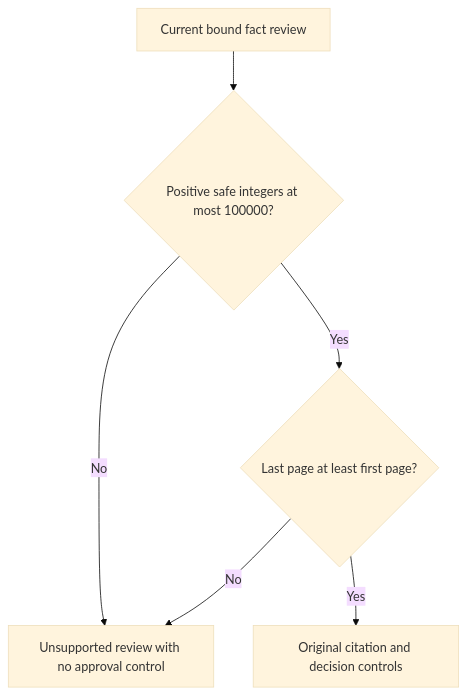
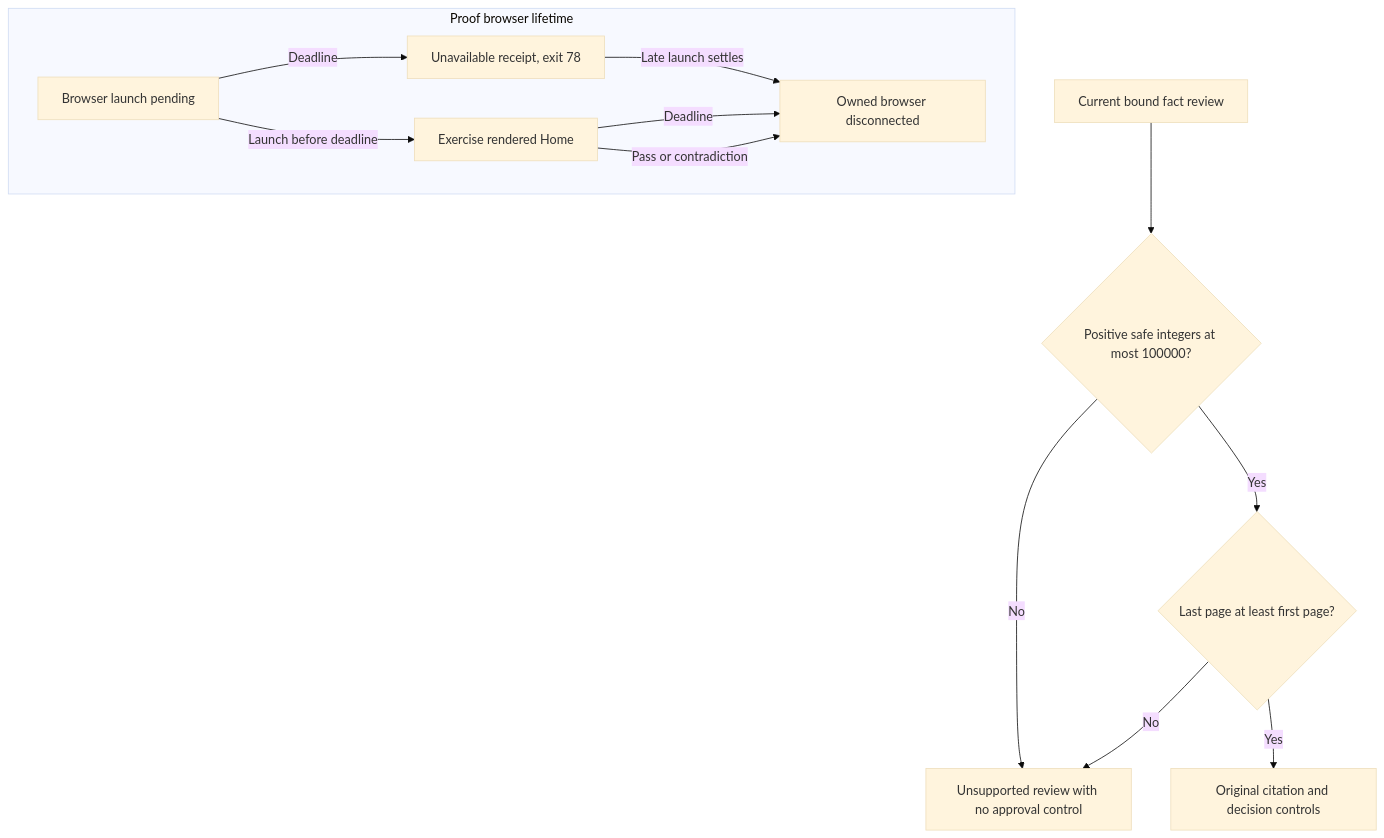
The diagram in docs/statecharts/home-fact-review-source-page-range.mmd (jbookout/doctorcre-app), drawn with Mermaid (base theme) before and after one commit. The commit also changed 2 other files, not shown here.

Commit message:
fix(proof): dispose Chromium acquired after the deadline
Close a late launch before refusing the expired proof. Preserve the existing
finally cleanup for browsers acquired before the deadline. Cover late launch
and stalled evaluation through the CLI with real Chromium process readback.

Card: WR39.S18.J3

```diff
--- a/docs/statecharts/home-fact-review-source-page-range.mmd
+++ b/docs/statecharts/home-fact-review-source-page-range.mmd
@@ -1,6 +1,14 @@
 flowchart TD
     Input[Current bound fact review] --> Pages{Positive safe integers at most 100000?}
     Pages -->|No| Refuse[Unsupported review with no approval control]
     Pages -->|Yes| Ordered{Last page at least first page?}
     Ordered -->|No| Refuse
     Ordered -->|Yes| Admit[Original citation and decision controls]
+
+    subgraph Proof browser lifetime
+        Launch[Browser launch pending] -->|Launch before deadline| Exercise[Exercise rendered Home]
+        Launch -->|Deadline| Unavailable[Unavailable receipt, exit 78]
+        Unavailable -->|Late launch settles| Closed[Owned browser disconnected]
+        Exercise -->|Deadline| Closed
+        Exercise -->|Pass or contradiction| Closed
+    end
```
